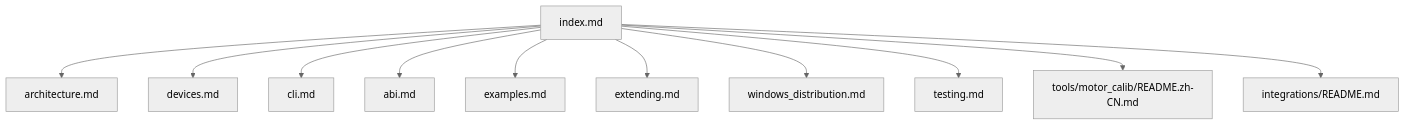
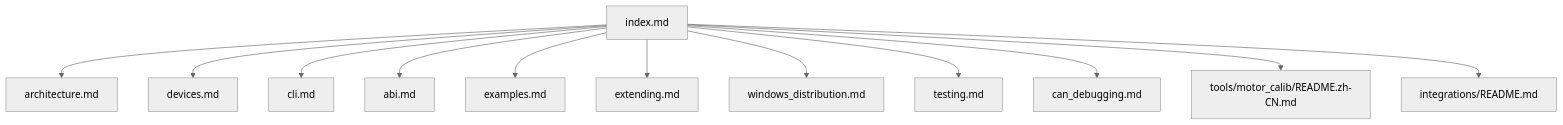
The diagram in docs/zh/index.md (tianrking/motorbridge), drawn with Mermaid (neutral theme) before and after one commit. The commit also changed other lines of this file and 50 other files, not shown here.

Commit message:
docs: align pcan/slcan guidance and add CAN debugging playbook

````diff
--- a/docs/zh/index.md
+++ b/docs/zh/index.md
@@ -7,13 +7,14 @@
 ```mermaid
 flowchart TD
   IDX["index.md"] --> ARCH["architecture.md"]
   IDX --> DEV["devices.md"]
   IDX --> CLI["cli.md"]
   IDX --> ABI["abi.md"]
   IDX --> EX["examples.md"]
   IDX --> EXT["extending.md"]
   IDX --> WIN["windows_distribution.md"]
   IDX --> TST["testing.md"]
+  IDX --> CANDBG["can_debugging.md"]
   IDX --> CAL["tools/motor_calib/README.zh-CN.md"]
   IDX --> INT["integrations/README.md"]
 ```
````
